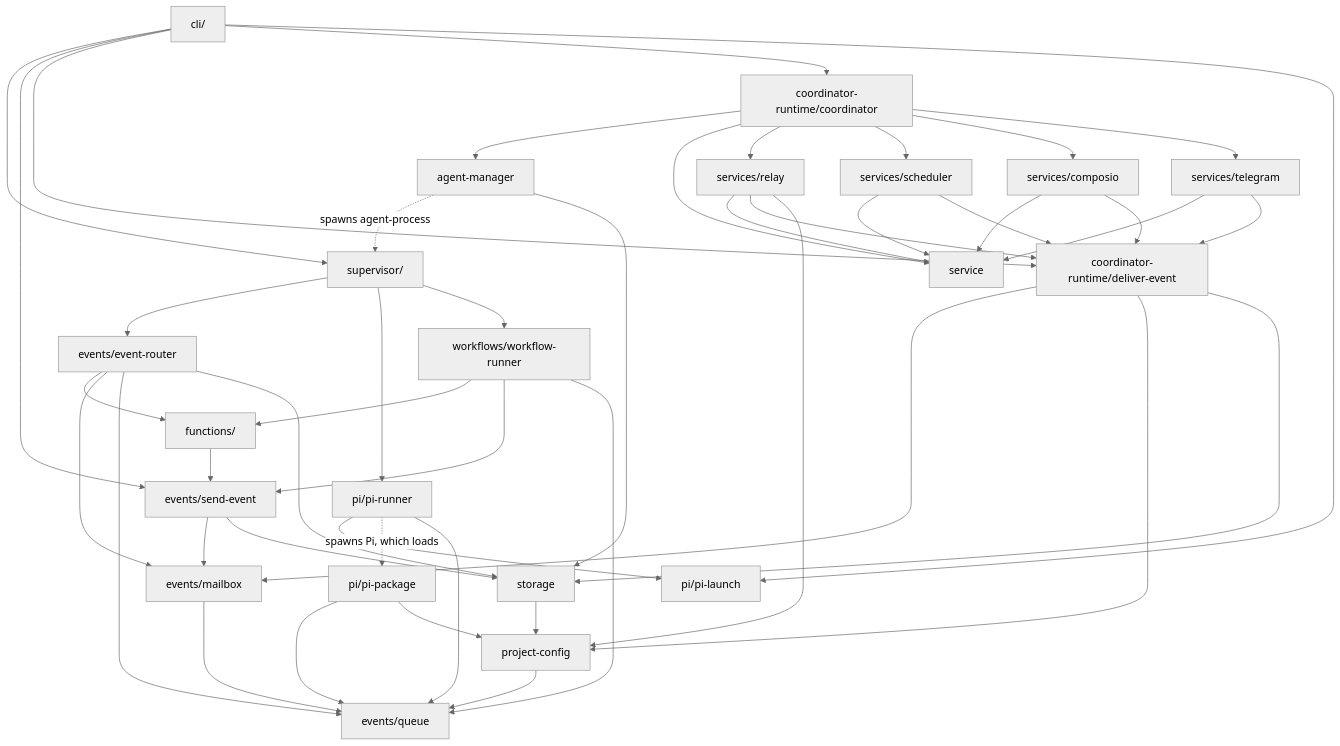
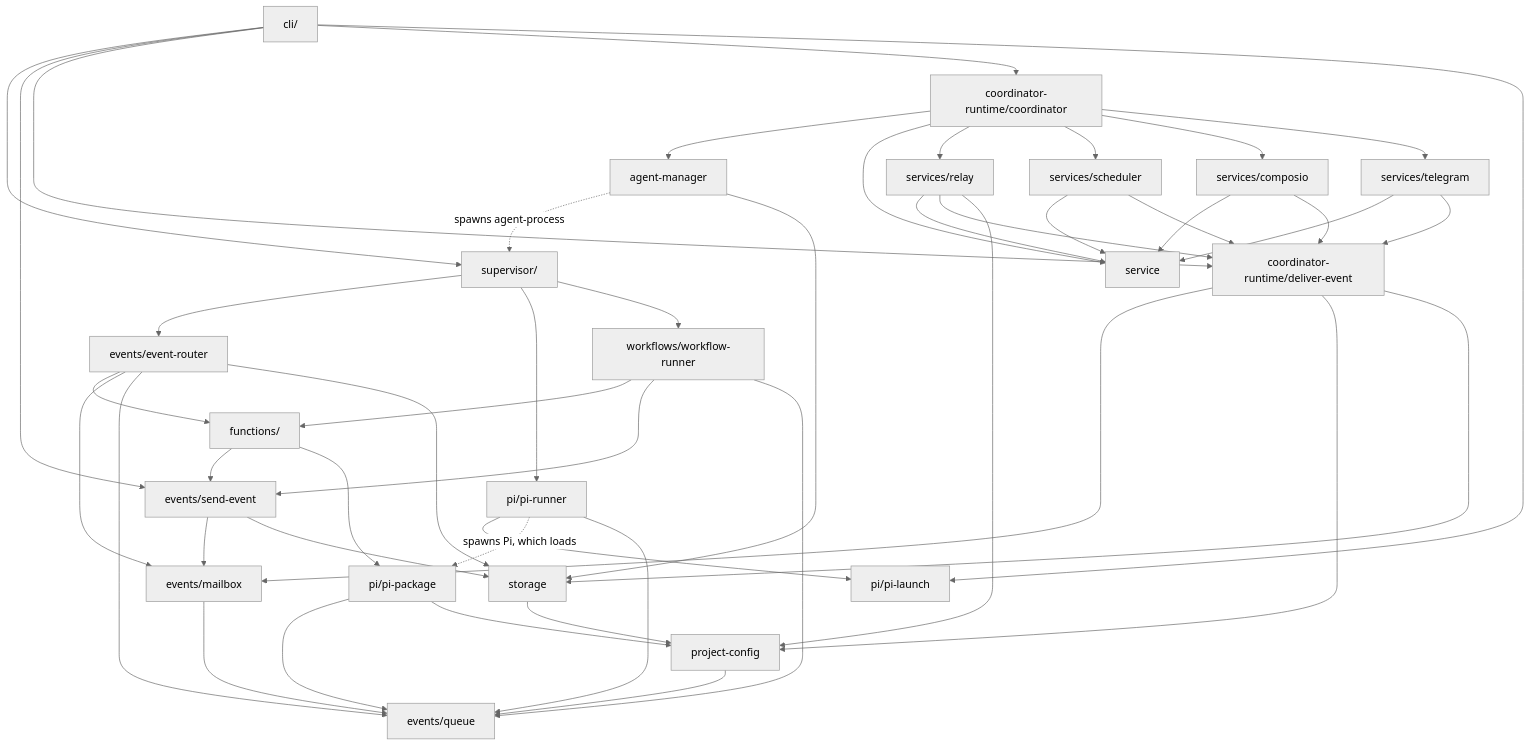
Before and after one commit to cognisphere-sh/agent-x: the diagram in docs/high_level_design.md, drawn with Mermaid (neutral theme). The commit also changed other lines of this file and 19 other files, not shown here.

````diff
--- a/docs/high_level_design.md
+++ b/docs/high_level_design.md
@@ -43,20 +43,20 @@
 ```mermaid
 flowchart TD
   CLI["cli/"] --> SUP["supervisor/"] & SEND["events/send-event"] & DELIV["coordinator-runtime/deliver-event"] & COORD["coordinator-runtime/coordinator"] & LAUNCH["pi/pi-launch"]
   COORD --> MGR["agent-manager"] & SVC["service"] & DELY["services/relay"] & SCHED["services/scheduler"] & CMP["services/composio"] & TG["services/telegram"]
   DELY & SCHED & CMP & TG --> SVC
   DELY & SCHED & CMP & TG --> DELIV
   MGR -. "spawns agent-process" .-> SUP
   SUP --> ER["events/event-router"] & PR["pi/pi-runner"] & WR["workflows/workflow-runner"]
   ER & WR --> FN["functions/"]
-  FN --> SEND
+  FN --> SEND & PKG
   WR --> SEND
   PR --> LAUNCH
   PR -. "spawns Pi, which loads" .-> PKG["pi/pi-package"]
   ER & DELIV & SEND --> MB["events/mailbox"]
   ER & WR & PR & PKG & MB --> Q["events/queue"]
   PKG --> PC["project-config"]
   DELIV & DELY --> PC
   ER & SEND & DELIV & MGR --> ST["storage"]
   ST --> PC --> Q
 ```
````
